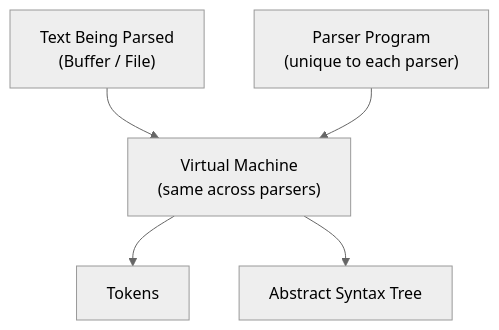
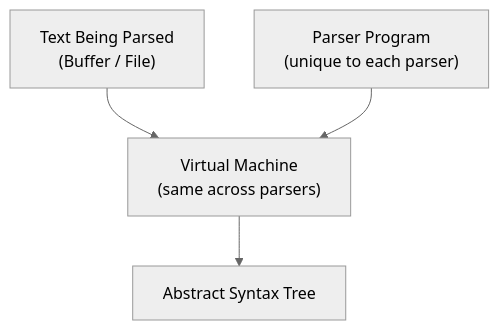
The diagram in manual/source/overview.md (Algodal/Algodal_Parser_Machine_Manual), drawn with Mermaid (neutral theme) before and after one commit. The commit also changed other lines of this file and 11 other files, not shown here.

````diff
--- a/manual/source/overview.md
+++ b/manual/source/overview.md
@@ -15,13 +15,11 @@
 ```{mermaid}
 flowchart TD
     Text["Text Being Parsed<br/>(Buffer / File)"]
     Parser["Parser Program<br/>(unique to each parser)"]
     VM["Virtual Machine<br/>(same across parsers)"]
-    Tokens["Tokens"]
     AST["Abstract Syntax Tree"]
 
     Text --> VM
     Parser --> VM
-    VM --> Tokens
     VM --> AST
 ```
````
